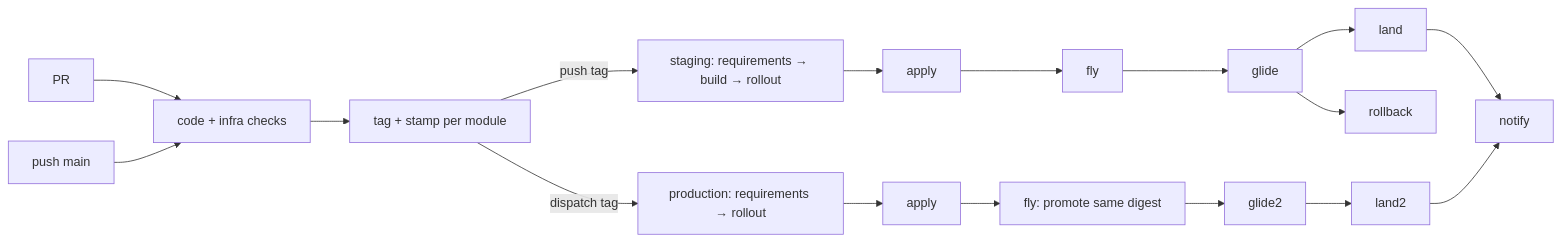
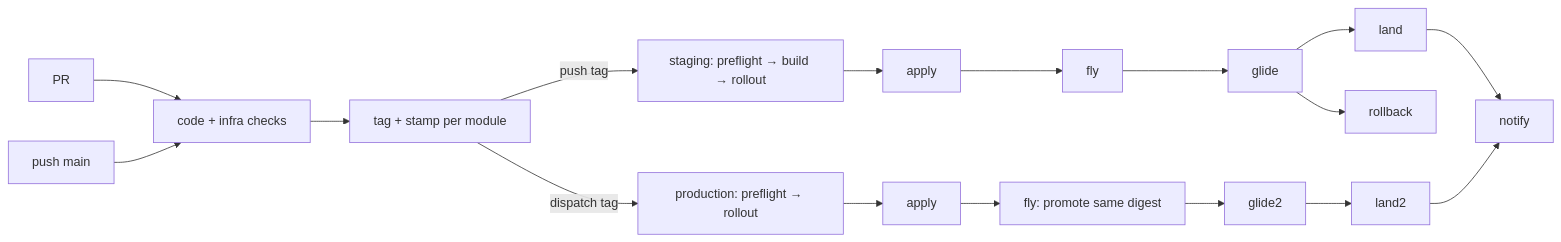
Before and after one commit to br4zz4/pipelines: the diagram in README.md, drawn with Mermaid. The commit also changed other lines of this file and 4 other files, not shown here.

````diff
--- a/README.md
+++ b/README.md
@@ -35,10 +35,10 @@
 ```mermaid
 flowchart LR
   pr[PR] --> checks[code + infra checks]
   main[push main] --> checks --> tag[tag + stamp per module]
-  tag -->|push tag| staging[staging: requirements → build → rollout]
+  tag -->|push tag| staging[staging: preflight → build → rollout]
   staging --> apply[apply] --> fly --> glide --> land --> notify
   glide --> rollback
-  tag -->|dispatch tag| production[production: requirements → rollout]
+  tag -->|dispatch tag| production[production: preflight → rollout]
   production --> apply2[apply] --> fly2[fly: promote same digest] --> glide2 --> land2 --> notify
 ```
````
